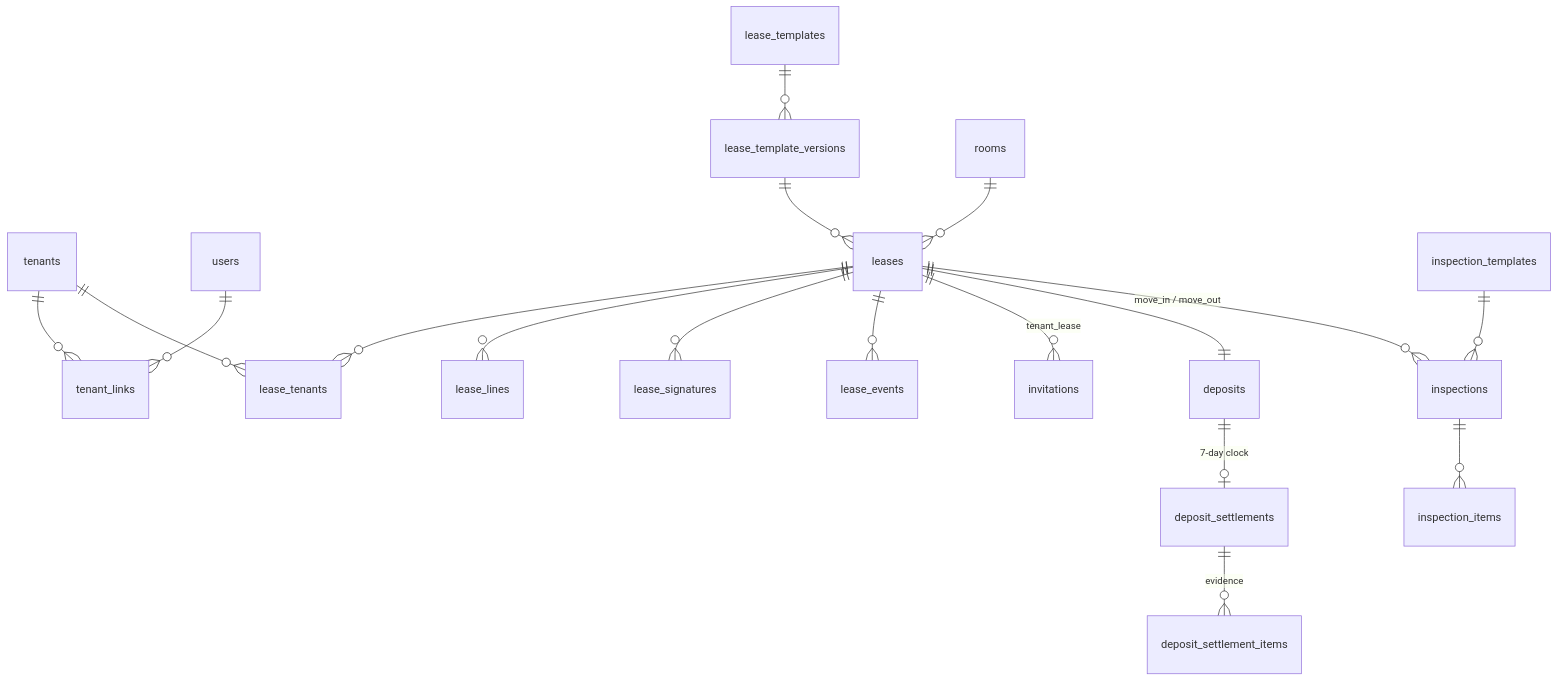
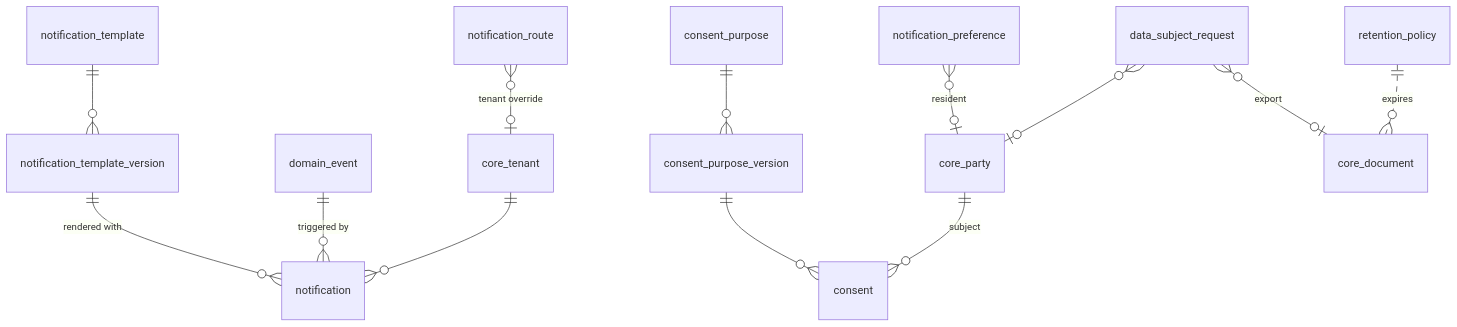
The fifth of 13 diagrams in docs/schema-design.md (Collective-Group-Thailand/getproperty-api), drawn with Mermaid before and after one commit. The commit also changed other lines of this file, not shown here.

First line of the commit message:
docs(schema): schema design v2 — neutral asset core, six schemas, RLS (D-150–D-161)

````diff
--- a/docs/schema-design.md
+++ b/docs/schema-design.md
@@ -1100,20 +1164,15 @@
 ```mermaid
 erDiagram
-  tenants ||--o{ tenant_links : ""
-  users ||--o{ tenant_links : ""
-  lease_templates ||--o{ lease_template_versions : ""
-  lease_template_versions ||--o{ leases : ""
-  rooms ||--o{ leases : ""
-  leases ||--o{ lease_tenants : ""
-  tenants ||--o{ lease_tenants : ""
-  leases ||--o{ lease_lines : ""
-  leases ||--o{ lease_signatures : ""
-  leases ||--o{ lease_events : ""
-  leases ||--o{ invitations : "tenant_lease"
-  leases ||--|| deposits : ""
-  deposits ||--o| deposit_settlements : "7-day clock"
-  deposit_settlements ||--o{ deposit_settlement_items : "evidence"
-  leases ||--o{ inspections : "move_in / move_out"
-  inspections ||--o{ inspection_items : ""
-  inspection_templates ||--o{ inspections : ""
+  notification_template ||--o{ notification_template_version : ""
+  notification_template_version ||--o{ notification : "rendered with"
+  domain_event ||--o{ notification : "triggered by"
+  notification_route }o--o| core_tenant : "tenant override"
+  notification_preference }o--o| core_party : "resident"
+  core_tenant ||--o{ notification : ""
+  consent_purpose ||--o{ consent_purpose_version : ""
+  consent_purpose_version ||--o{ consent : ""
+  core_party ||--o{ consent : "subject"
+  data_subject_request }o--o| core_party : ""
+  data_subject_request }o--o| core_document : "export"
+  retention_policy ||..o{ core_document : "expires"
 ```
````
